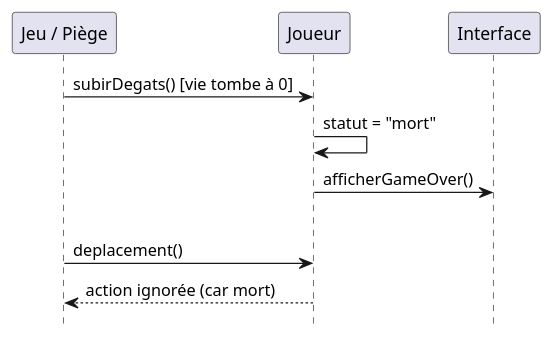
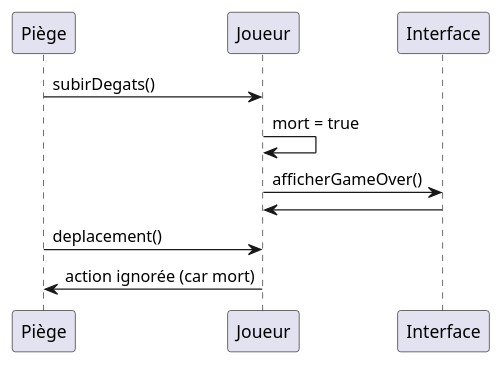
The diagram in projet_zeldiablo/documents/version_3/DiagrammeSequenceTuerJoueur.puml (Zayd54500/2026_COO_Zeldiablo_ZB_VJ_HD_MM), drawn with PlantUML before and after one commit. The commit also changed 1 other file, not shown here.

Commit message:
Diagramme Sequence Système de Mort

```diff
--- a/projet_zeldiablo/documents/version_3/DiagrammeSequenceTuerJoueur.puml
+++ b/projet_zeldiablo/documents/version_3/DiagrammeSequenceTuerJoueur.puml
@@ -1,23 +1,13 @@
 @startuml
-hide footbox
 
-participant "Jeu / Piège" as Jeu
+participant "Piège" as Jeu
 participant "Joueur" as J
 participant "Interface" as UI
-
-' Le joueur prend un coup fatal
-Jeu -> J : subirDegats() [vie tombe à 0]
-
-' Critère 1 : Passage à l'état mort
-J -> J : statut = "mort"
-
-' Critère 3 : Fin de partie
+Jeu -> J : subirDegats()
+J -> J : mort = true
 J -> UI : afficherGameOver()
-
-|||
-
-' Critère 2 : Tentative d'action bloquée
+UI -> J
 Jeu -> J : deplacement()
-J --> Jeu : action ignorée (car mort)
+J -> Jeu : action ignorée (car mort)
 
 @enduml
```
